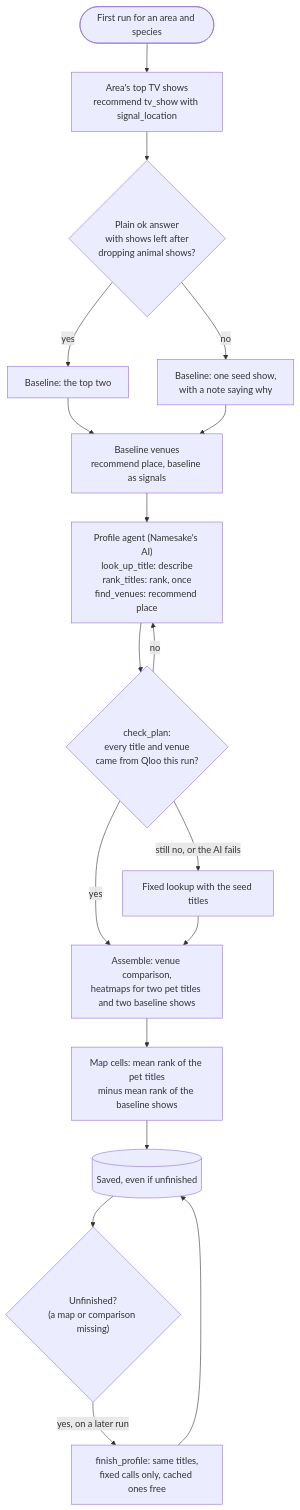
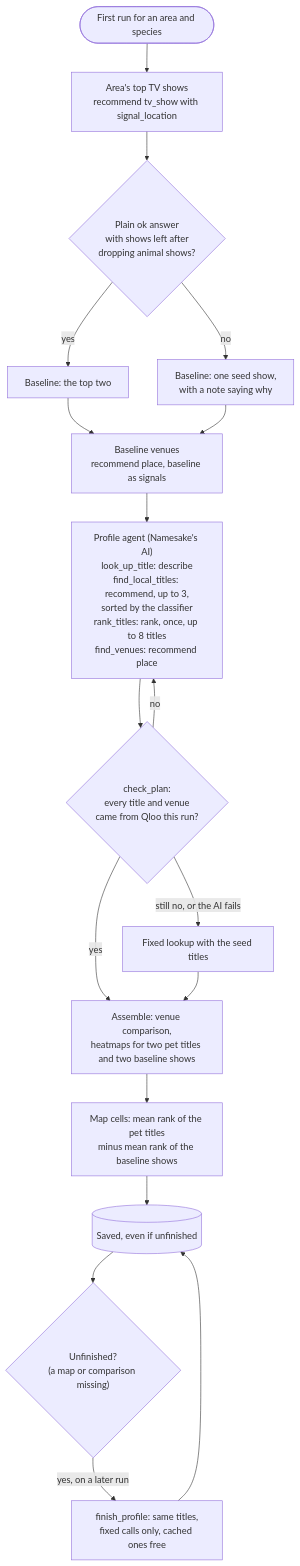
The third of 5 diagrams in docs/architecture.md (bsabau/namesake), drawn with Mermaid before and after one commit. The commit also changed other lines of this file and 2 other files, not shown here.

First line of the commit message:
Architecture doc up to date with decisions 20 and 21; docs stay current, as a rule

````diff
--- a/docs/architecture.md
+++ b/docs/architecture.md
@@ -118,20 +126,20 @@
 ```mermaid
 flowchart TD
     start(["First run for an area and species"]) --> tastes["Area's top TV shows<br/>recommend tv_show with signal_location"]
     tastes --> usable{"Plain ok answer<br/>with shows left after<br/>dropping animal shows?"}
     usable -- yes --> base["Baseline: the top two"]
     usable -- no --> seed["Baseline: one seed show,<br/>with a note saying why"]
     base --> basevenues["Baseline venues<br/>recommend place, baseline as signals"]
     seed --> basevenues
-    basevenues --> ai["Profile agent (Namesake's AI)<br/>look_up_title: describe<br/>rank_titles: rank, once<br/>find_venues: recommend place"]
+    basevenues --> ai["Profile agent (Namesake's AI)<br/>look_up_title: describe<br/>find_local_titles: recommend, up to 3,<br/>sorted by the classifier<br/>rank_titles: rank, once, up to 8 titles<br/>find_venues: recommend place"]
     ai --> check{"check_plan:<br/>every title and venue<br/>came from Qloo this run?"}
     check -- no --> ai
     check -- "still no, or the AI fails" --> fixed["Fixed lookup with the seed titles"]
     check -- yes --> assemble
     fixed --> assemble["Assemble: venue comparison,<br/>heatmaps for two pet titles and two baseline shows"]
     assemble --> lift["Map cells: mean rank of the pet titles<br/>minus mean rank of the baseline shows"]
     lift --> save[("Saved, even if unfinished")]
     save --> later{"Unfinished?<br/>(a map or comparison missing)"}
     later -- "yes, on a later run" --> finish["finish_profile: same titles,<br/>fixed calls only, cached ones free"]
     finish --> save
 ```
````
